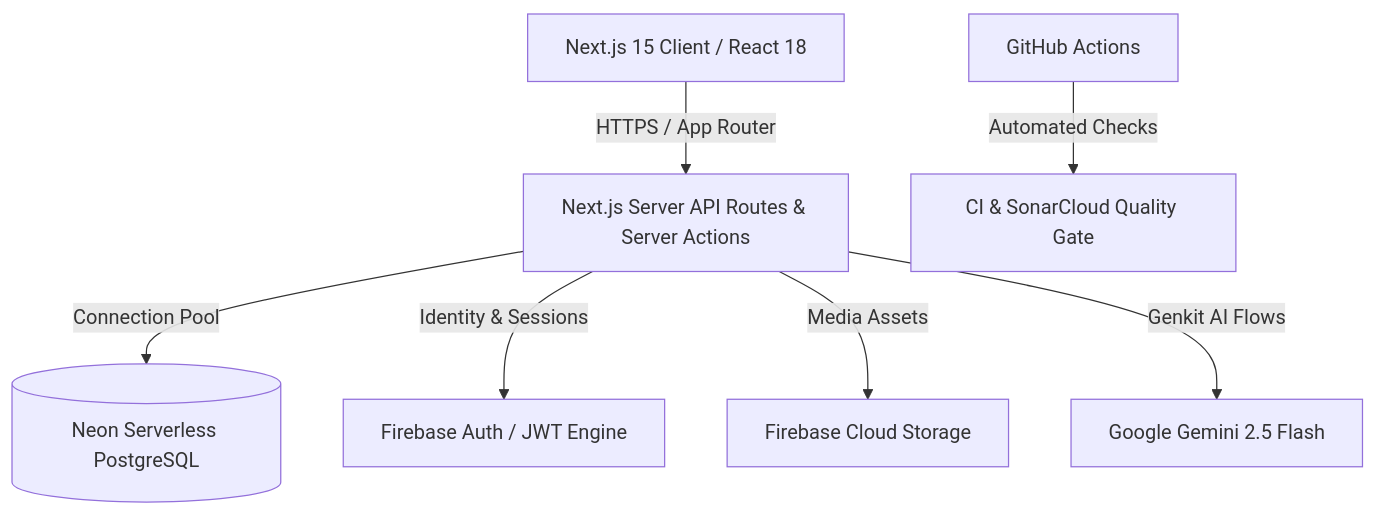
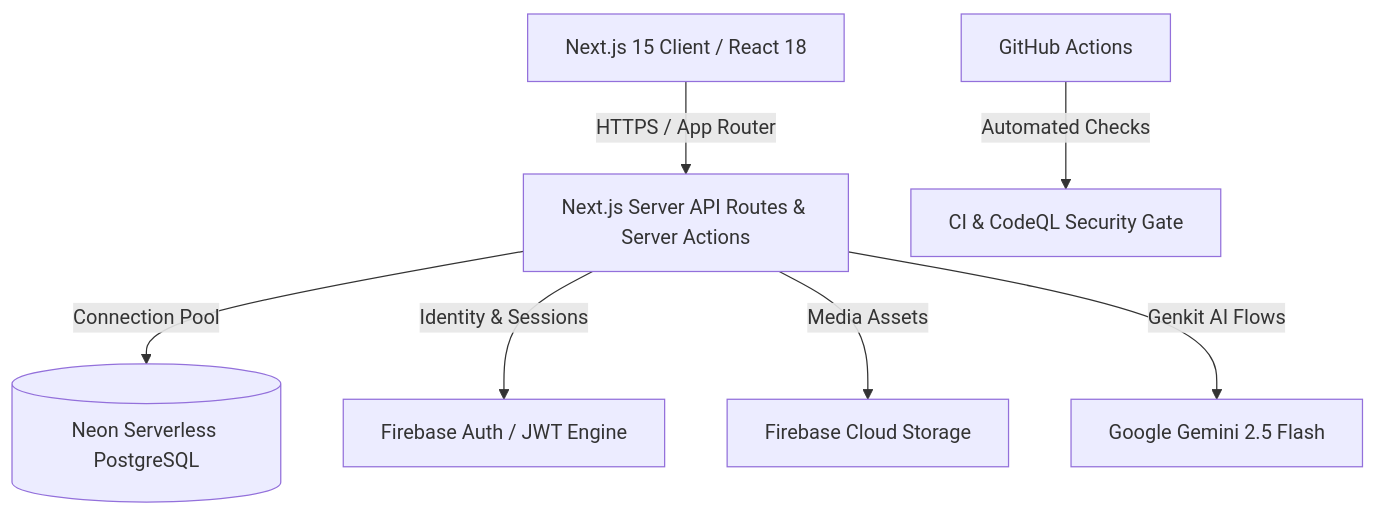
One commit to joysriramsarkar/connectu changed the diagram in README.md. Above: the diagram before and after it, drawn with Mermaid. The commit also changed other lines of this file and 2 other files, not shown here.

Commit message:
chore: remove SonarCloud configuration and update documentation

````diff
--- a/README.md
+++ b/README.md
@@ -71,9 +71,9 @@
 ```mermaid
 graph TD
     A[Next.js 15 Client / React 18] -->|HTTPS / App Router| B[Next.js Server API Routes & Server Actions]
     B -->|Connection Pool| C[(Neon Serverless PostgreSQL)]
     B -->|Identity & Sessions| D[Firebase Auth / JWT Engine]
     B -->|Media Assets| E[Firebase Cloud Storage]
     B -->|Genkit AI Flows| F[Google Gemini 2.5 Flash]
-    G[GitHub Actions] -->|Automated Checks| H[CI & SonarCloud Quality Gate]
+    G[GitHub Actions] -->|Automated Checks| H[CI & CodeQL Security Gate]
 ```
````
